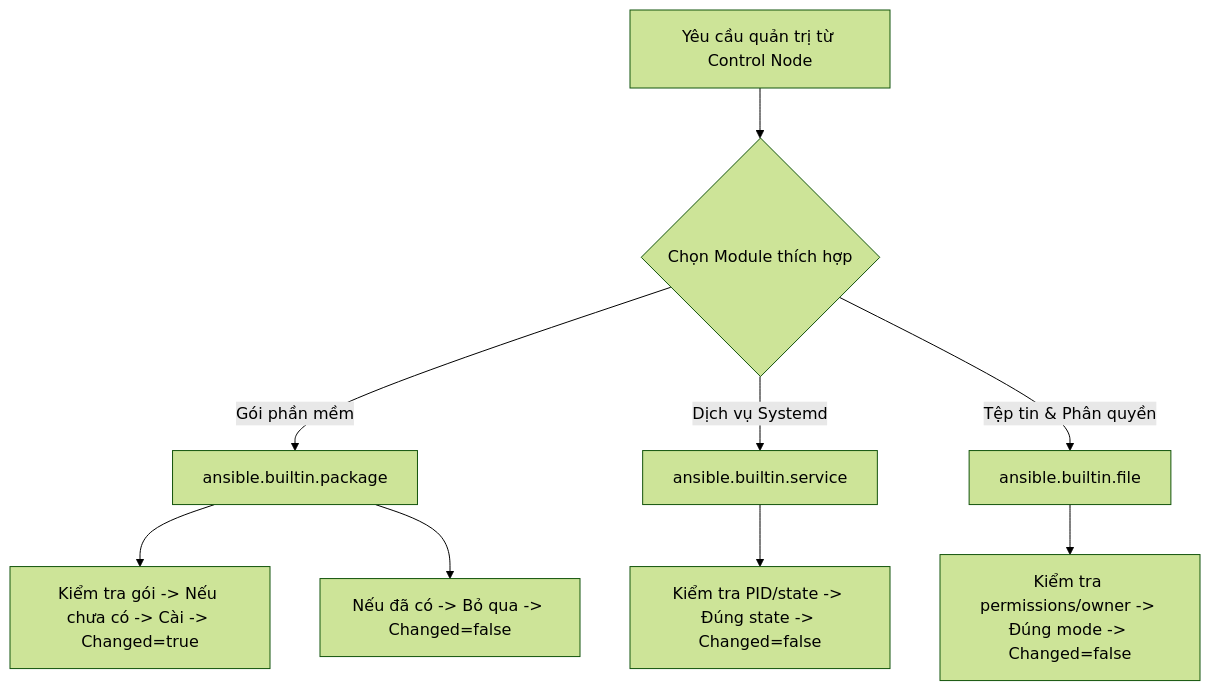
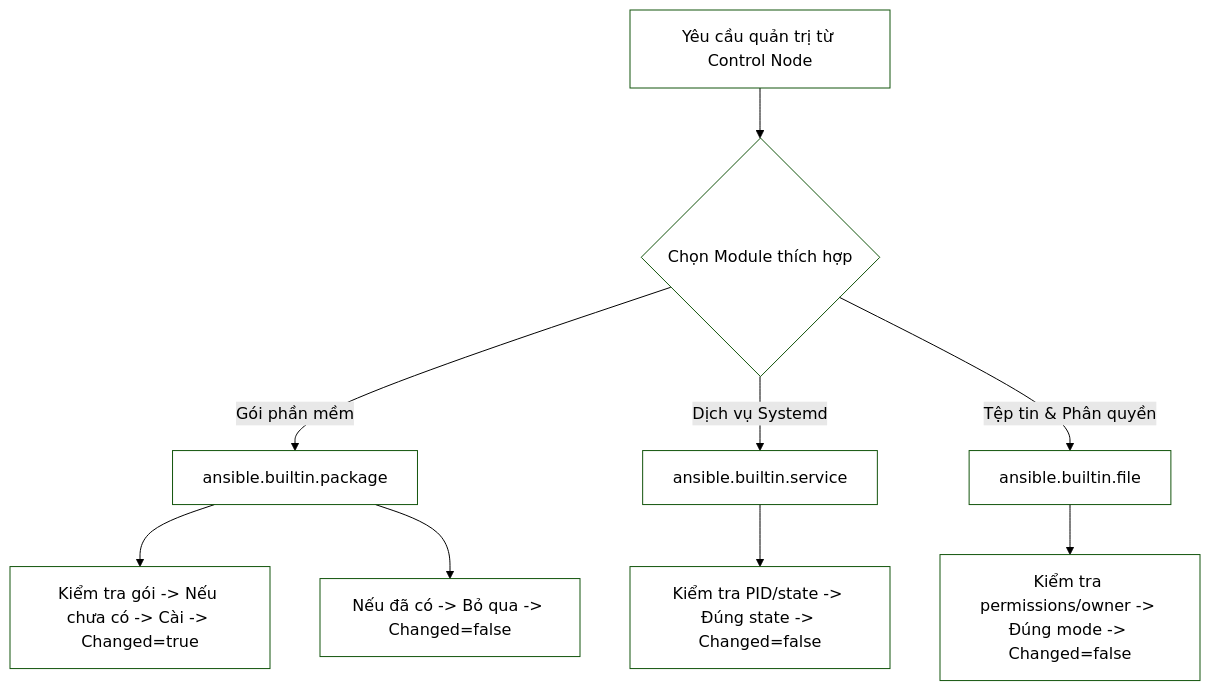
The first of 3 diagrams in _posts/2026-09-13-ansible-04-04-module-co-ban.md (kiennt308/ntk), drawn with Mermaid (forest theme) before and after one commit. The commit also changed other lines of this file and 30 other files, not shown here.

````diff
--- a/_posts/2026-09-13-ansible-04-04-module-co-ban.md
+++ b/_posts/2026-09-13-ansible-04-04-module-co-ban.md
@@ -83,12 +83,22 @@
 ```mermaid
 graph TD
     A["Yêu cầu quản trị từ Control Node"] --> B{"Chọn Module thích hợp"}
     B -->|"Gói phần mềm"| C["ansible.builtin.package"]
     B -->|"Dịch vụ Systemd"| D["ansible.builtin.service"]
     B -->|"Tệp tin & Phân quyền"| E["ansible.builtin.file"]
     
     C --> C1["Kiểm tra gói -> Nếu chưa có -> Cài -> Changed=true"]
     C --> C2["Nếu đã có -> Bỏ qua -> Changed=false"]
     D --> D1["Kiểm tra PID/state -> Đúng state -> Changed=false"]
     E --> E1["Kiểm tra permissions/owner -> Đúng mode -> Changed=false"]
+
+    style A fill:none
+    style B fill:none
+    style C fill:none
+    style D fill:none
+    style E fill:none
+    style C1 fill:none
+    style C2 fill:none
+    style D1 fill:none
+    style E1 fill:none
 ```
````
